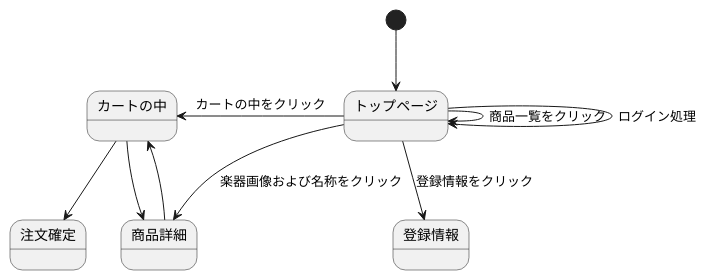
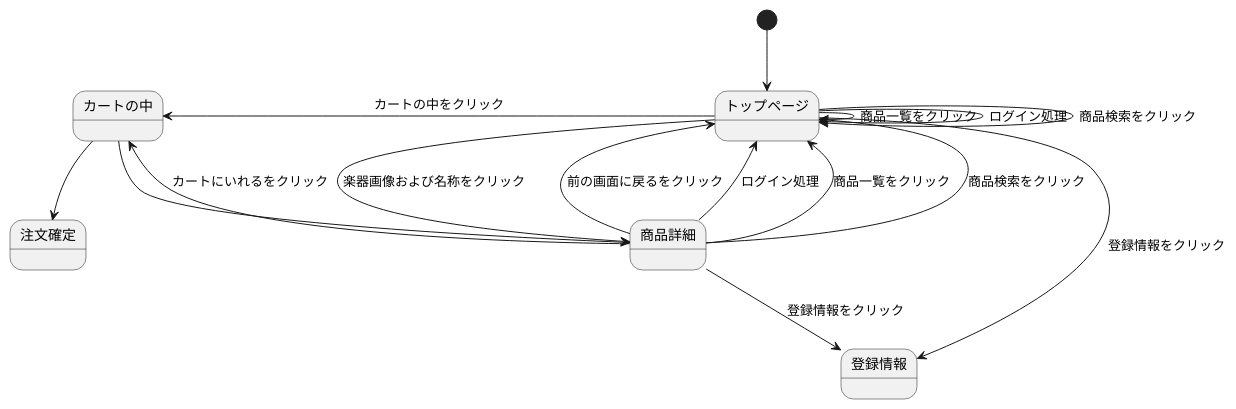
One commit to Aso2001374/2021sys-design changed the second of 3 diagrams in stm01.md. Above: the diagram before and after it, drawn with PlantUML.

````diff
--- a/stm01.md
+++ b/stm01.md
@@ -15,14 +15,21 @@
 ```uml
 @startuml
 [*] --> トップページ
 トップページ--> トップページ : 商品一覧をクリック
 トップページ--> トップページ : ログイン処理
+トップページ--> トップページ : 商品検索をクリック
 トップページ-left-> カートの中 : カートの中をクリック
 トップページ--> 登録情報 : 登録情報をクリック
 トップページ--> 商品詳細 : 楽器画像および名称をクリック
 
-商品詳細--> カートの中
+商品詳細--> カートの中 : カートにいれるをクリック
+商品詳細--> トップページ : 前の画面に戻るをクリック
+商品詳細--> トップページ : ログイン処理
+商品詳細--> トップページ : 商品一覧をクリック
+商品詳細--> トップページ : 商品検索をクリック
+商品詳細--> 登録情報 : 登録情報をクリック
+
 カートの中 --> 商品詳細
 カートの中-->注文確定
 @enduml
 ```
````
